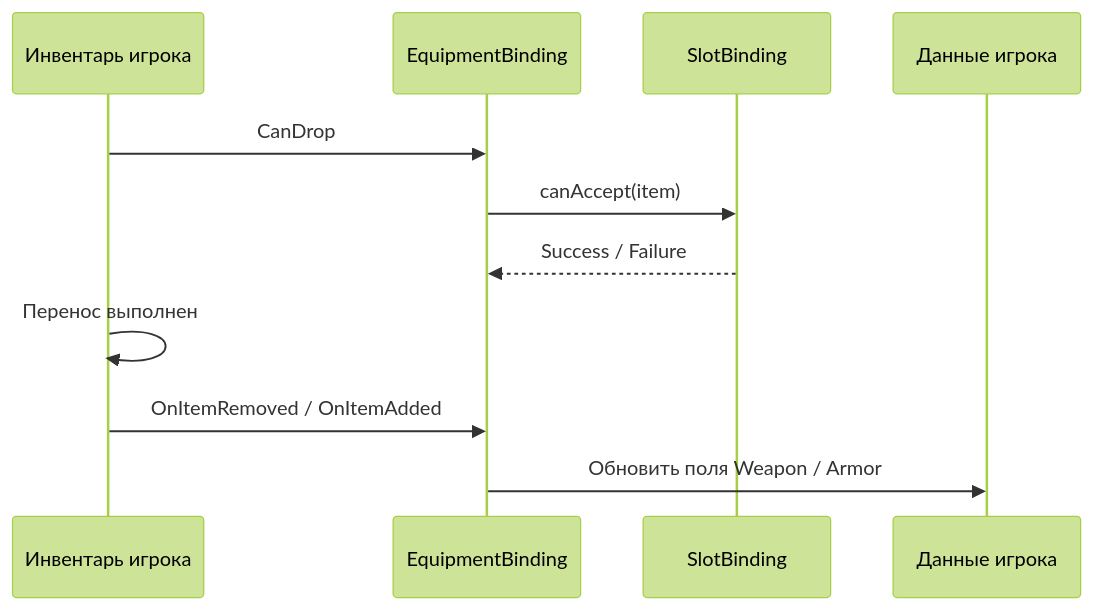
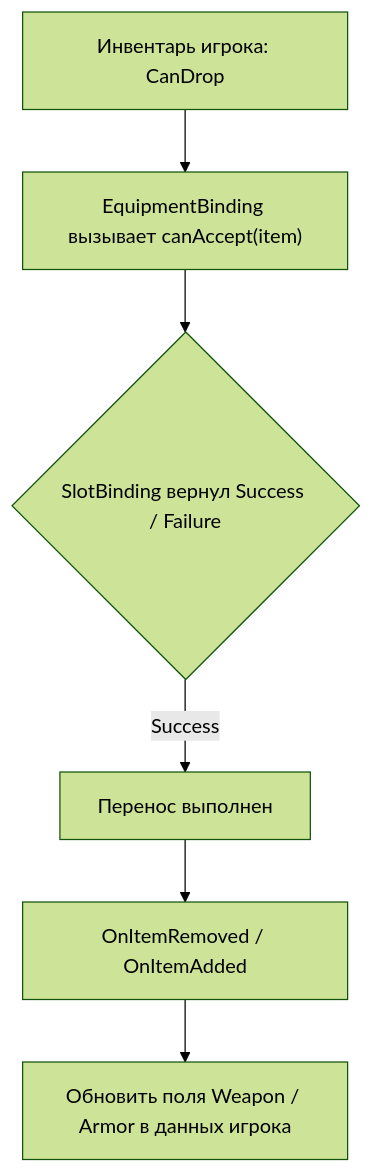
The third of 3 diagrams in .docs/content/examples/equipment.md (SergeevSergey99/DragAndDropSystem-Docs), drawn with Mermaid (forest theme) before and after one commit. The commit also changed 15 other files, not shown here.

````diff
--- a/.docs/content/examples/equipment.md
+++ b/.docs/content/examples/equipment.md
@@ -148,14 +148,8 @@
 ```mermaid
-sequenceDiagram
-    participant PI as Инвентарь игрока
-    participant EQ as EquipmentBinding
-    participant Slot as SlotBinding
-    participant Data as Данные игрока
-
-    PI->>EQ: CanDrop
-    EQ->>Slot: canAccept(item)
-    Slot-->>EQ: Success / Failure
-    PI->>PI: Перенос выполнен
-    PI->>EQ: OnItemRemoved / OnItemAdded
-    EQ->>Data: Обновить поля Weapon / Armor
+flowchart TD
+    A["Инвентарь игрока: CanDrop"] --> B["EquipmentBinding вызывает canAccept(item)"]
+    B --> C{"SlotBinding вернул Success / Failure"}
+    C -->|Success| D["Перенос выполнен"]
+    D --> E["OnItemRemoved / OnItemAdded"]
+    E --> F["Обновить поля Weapon / Armor в данных игрока"]
 ```
````
